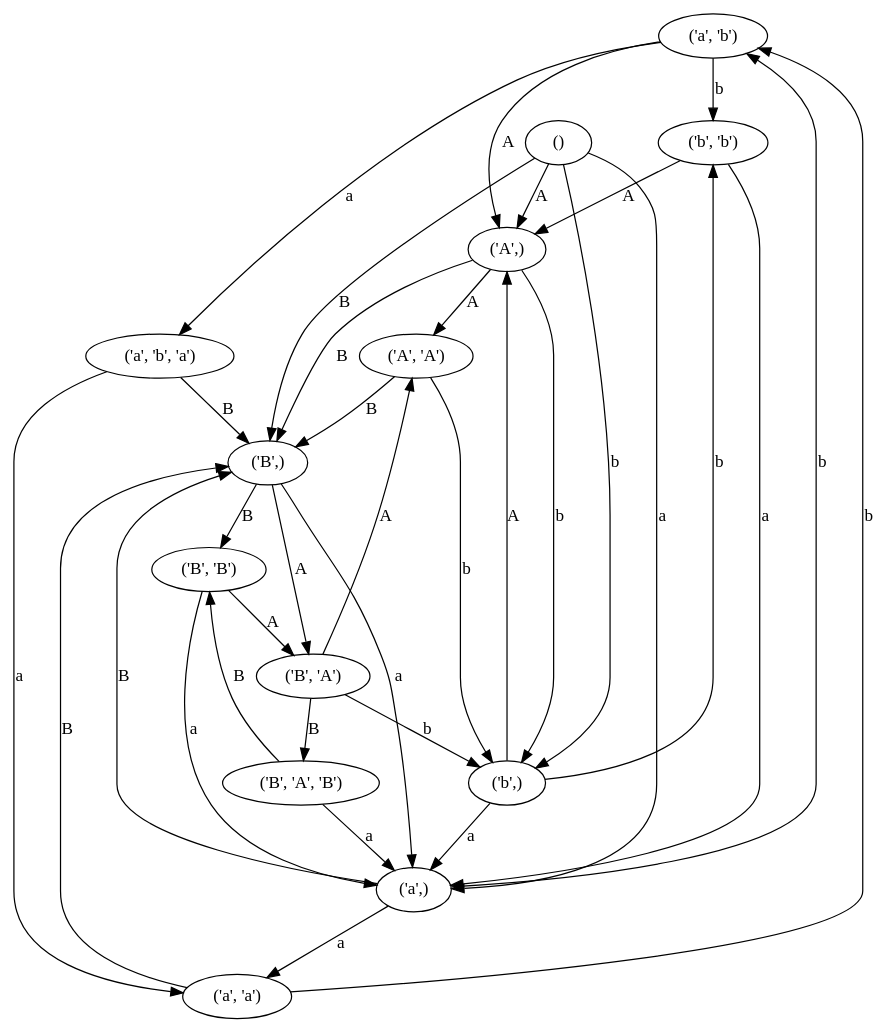
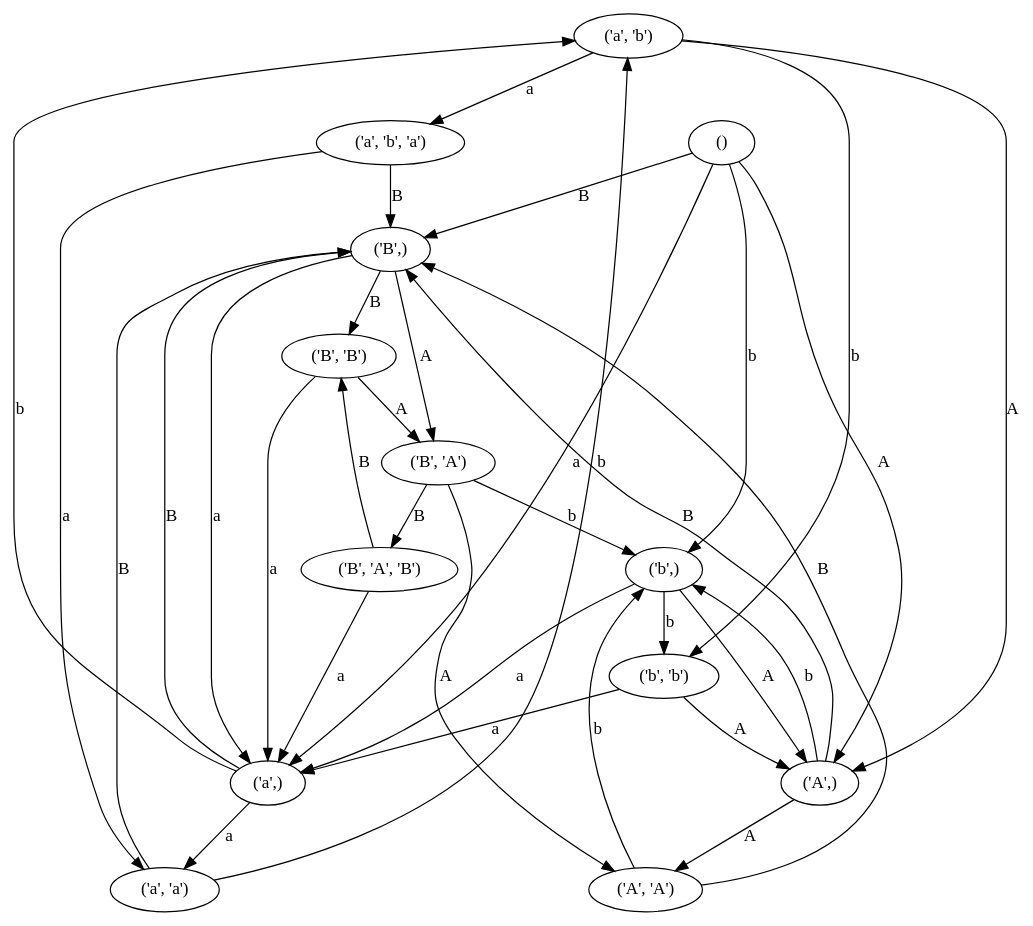
The diagram in wd.dot (dmishin/knuth_bendix), drawn with Graphviz before and after one commit. The commit also changed other lines of this file and 1 other file, not shown here.

```diff
--- a/wd.dot
+++ b/wd.dot
@@ -1,49 +1,49 @@
 digraph{
   "('a', 'b')";
   "('B', 'A', 'B')";
+  "('b',)";
   "('A', 'A')";
+  "('a', 'b', 'a')";
+  "('b', 'b')";
   "('B', 'B')";
-  "('b', 'b')";
   "('B', 'A')";
   "('B',)";
   "()";
-  "('b',)";
+  "('A',)";
   "('a', 'a')";
-  "('A',)";
-  "('a', 'b', 'a')";
   "('a',)";
   "('a', 'b')" -> "('A',)" [label="A"];
   "('a', 'b')" -> "('a', 'b', 'a')" [label="a"];
   "('a', 'b')" -> "('b', 'b')" [label="b"];
   "('B', 'A', 'B')" -> "('a',)" [label="a"];
   "('B', 'A', 'B')" -> "('B', 'B')" [label="B"];
+  "('b',)" -> "('A',)" [label="A"];
+  "('b',)" -> "('a',)" [label="a"];
+  "('b',)" -> "('b', 'b')" [label="b"];
   "('A', 'A')" -> "('B',)" [label="B"];
   "('A', 'A')" -> "('b',)" [label="b"];
+  "('a', 'b', 'a')" -> "('a', 'a')" [label="a"];
+  "('a', 'b', 'a')" -> "('B',)" [label="B"];
+  "('b', 'b')" -> "('A',)" [label="A"];
+  "('b', 'b')" -> "('a',)" [label="a"];
   "('B', 'B')" -> "('B', 'A')" [label="A"];
   "('B', 'B')" -> "('a',)" [label="a"];
-  "('b', 'b')" -> "('A',)" [label="A"];
-  "('b', 'b')" -> "('a',)" [label="a"];
   "('B', 'A')" -> "('B', 'A', 'B')" [label="B"];
   "('B', 'A')" -> "('A', 'A')" [label="A"];
   "('B', 'A')" -> "('b',)" [label="b"];
   "('B',)" -> "('B', 'A')" [label="A"];
   "('B',)" -> "('a',)" [label="a"];
   "('B',)" -> "('B', 'B')" [label="B"];
   "()" -> "('A',)" [label="A"];
   "()" -> "('B',)" [label="B"];
   "()" -> "('a',)" [label="a"];
   "()" -> "('b',)" [label="b"];
-  "('b',)" -> "('A',)" [label="A"];
-  "('b',)" -> "('a',)" [label="a"];
-  "('b',)" -> "('b', 'b')" [label="b"];
-  "('a', 'a')" -> "('B',)" [label="B"];
-  "('a', 'a')" -> "('a', 'b')" [label="b"];
   "('A',)" -> "('B',)" [label="B"];
   "('A',)" -> "('A', 'A')" [label="A"];
   "('A',)" -> "('b',)" [label="b"];
-  "('a', 'b', 'a')" -> "('a', 'a')" [label="a"];
-  "('a', 'b', 'a')" -> "('B',)" [label="B"];
+  "('a', 'a')" -> "('B',)" [label="B"];
+  "('a', 'a')" -> "('a', 'b')" [label="b"];
   "('a',)" -> "('B',)" [label="B"];
   "('a',)" -> "('a', 'a')" [label="a"];
   "('a',)" -> "('a', 'b')" [label="b"];
 }
```
